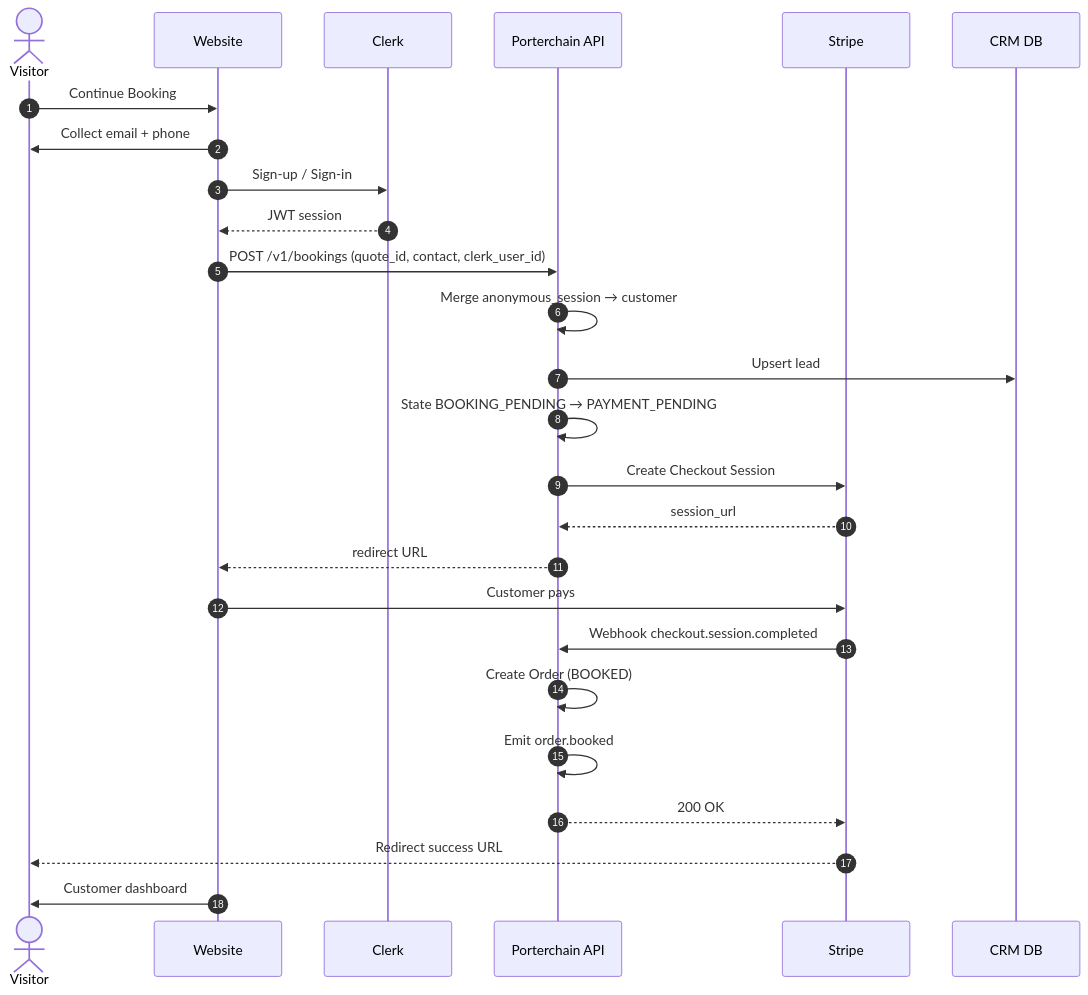
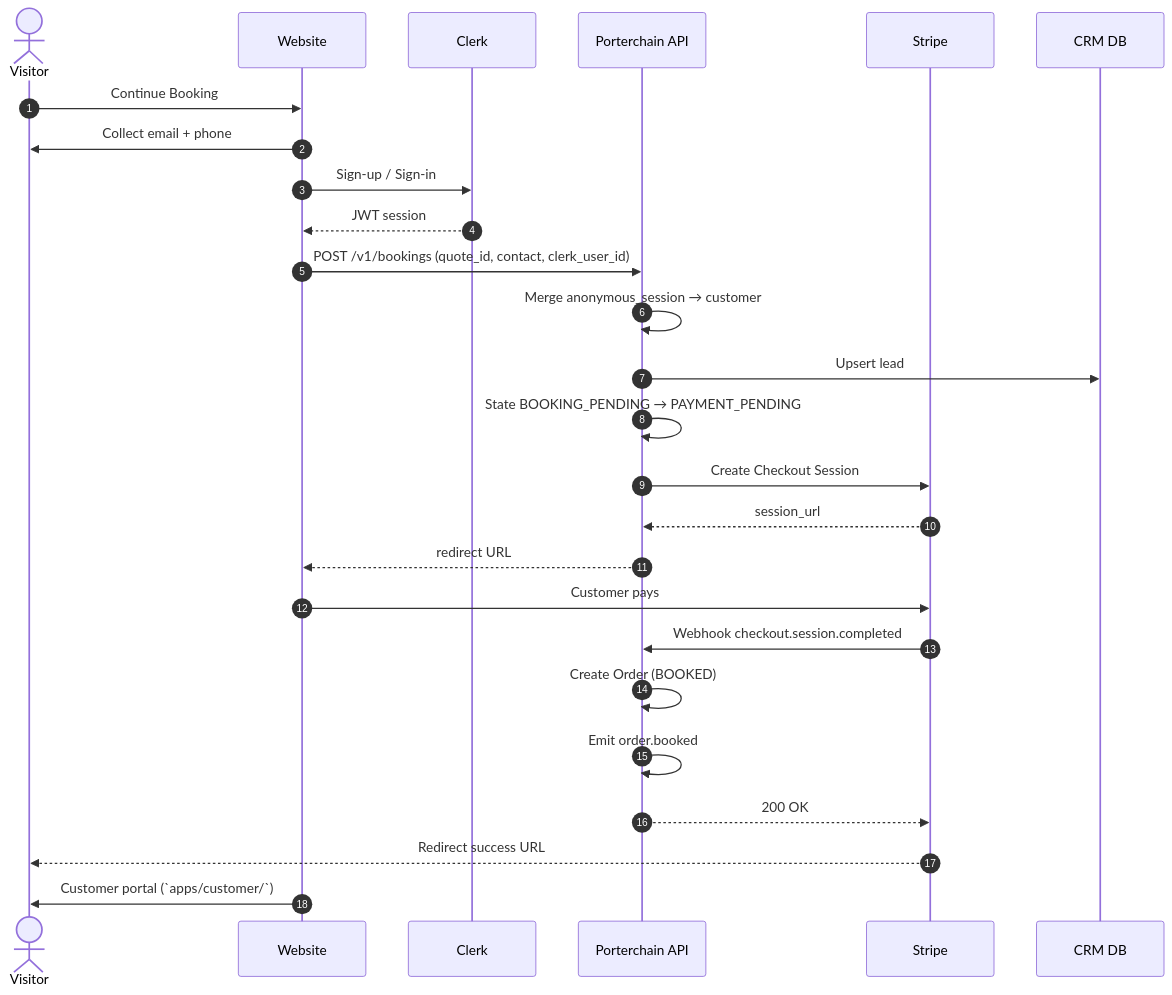
Before and after one commit to PORTERCHAIN-INC/PCD: the second of 11 diagrams in SYSTEM_SEQUENCE_DIAGRAMS.md, drawn with Mermaid. The commit also changed other lines of this file and 453 other files, not shown here.

````diff
--- a/SYSTEM_SEQUENCE_DIAGRAMS.md
+++ b/SYSTEM_SEQUENCE_DIAGRAMS.md
@@ -36,29 +39,29 @@
 ```mermaid
 sequenceDiagram
     autonumber
     actor Visitor
     participant Web as Website
     participant Clerk as Clerk
     participant API as Porterchain API
     participant Stripe as Stripe
     participant CRM as CRM DB
 
     Visitor->>Web: Continue Booking
     Web->>Visitor: Collect email + phone
     Web->>Clerk: Sign-up / Sign-in
     Clerk-->>Web: JWT session
     Web->>API: POST /v1/bookings (quote_id, contact, clerk_user_id)
     API->>API: Merge anonymous_session → customer
     API->>CRM: Upsert lead
     API->>API: State BOOKING_PENDING → PAYMENT_PENDING
     API->>Stripe: Create Checkout Session
     Stripe-->>API: session_url
     API-->>Web: redirect URL
     Web->>Stripe: Customer pays
     Stripe->>API: Webhook checkout.session.completed
     API->>API: Create Order (BOOKED)
     API->>API: Emit order.booked
     API-->>Stripe: 200 OK
     Stripe-->>Visitor: Redirect success URL
-    Web->>Visitor: Customer dashboard
+    Web->>Visitor: Customer portal (`apps/customer/`)
 ```
````
